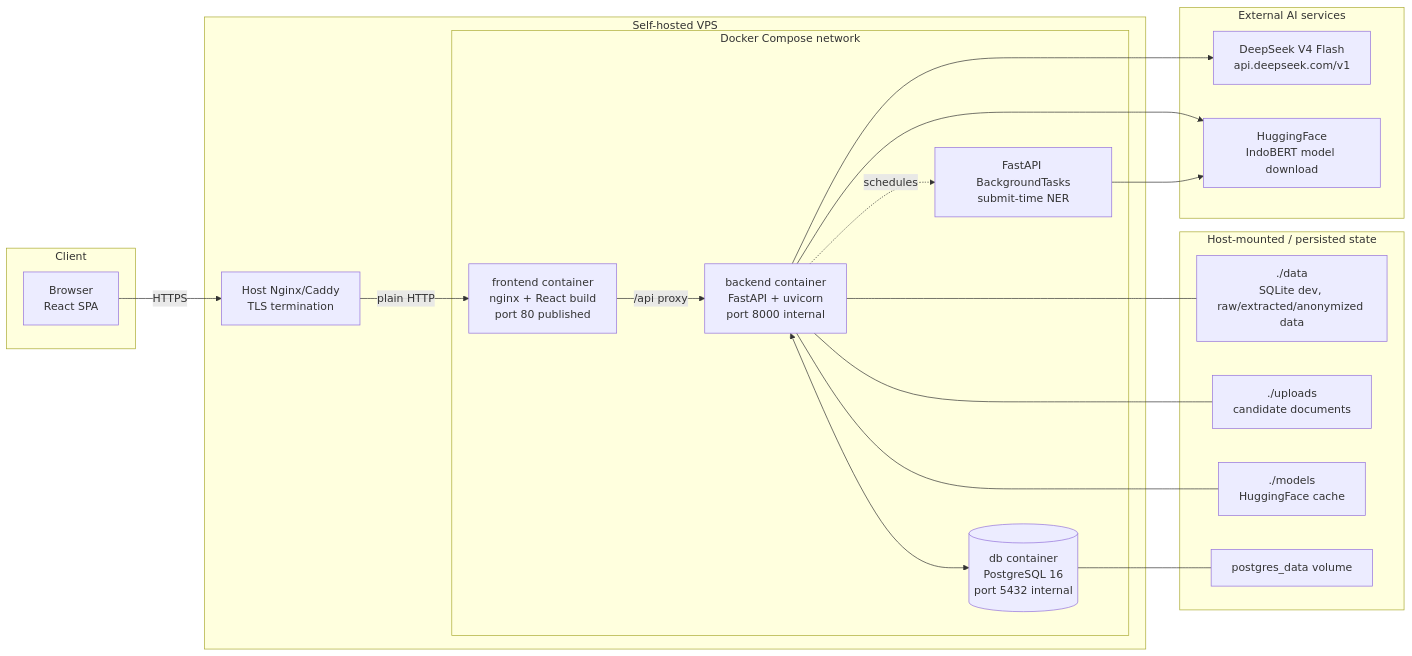
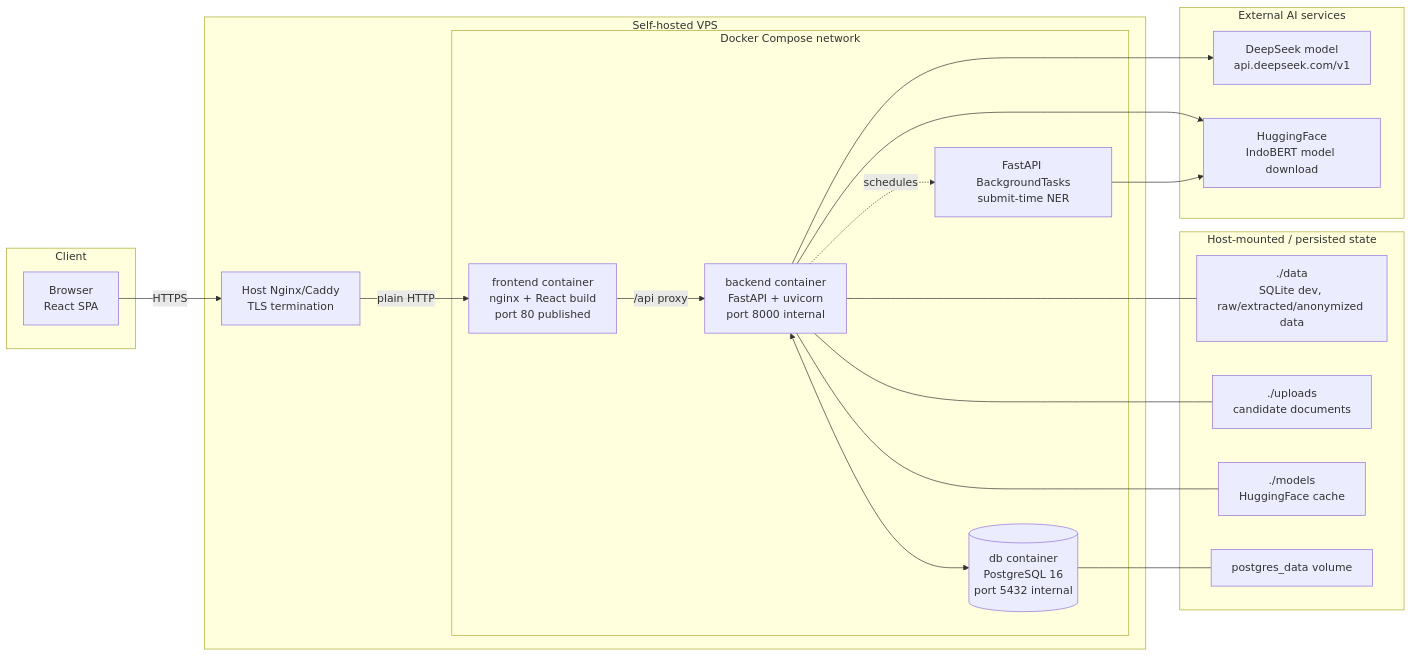
Before and after one commit to istgrudd/screenai-lab: the diagram in docs/ARCHITECTURE.md, drawn with Mermaid. The commit also changed other lines of this file and 8 other files, not shown here.

Commit message:
feat: implement async DeepSeek client and update evaluation pipeline for concurrency

````diff
--- a/docs/ARCHITECTURE.md
+++ b/docs/ARCHITECTURE.md
@@ -34,44 +34,44 @@
 ```mermaid
 graph LR
     subgraph Client
         BR[Browser<br/>React SPA]
     end
 
     subgraph VPS[Self-hosted VPS]
         RP[Host Nginx/Caddy<br/>TLS termination]
 
         subgraph Docker[Docker Compose network]
             FE[frontend container<br/>nginx + React build<br/>port 80 published]
             API[backend container<br/>FastAPI + uvicorn<br/>port 8000 internal]
             DB[(db container<br/>PostgreSQL 16<br/>port 5432 internal)]
             BG[FastAPI BackgroundTasks<br/>submit-time NER]
 
             FE -- /api proxy --> API
             API <--> DB
             API -. schedules .-> BG
         end
 
         RP -- plain HTTP --> FE
     end
 
     subgraph HostStorage[Host-mounted / persisted state]
         DATA[./data<br/>SQLite dev, raw/extracted/anonymized data]
         UPLOADS[./uploads<br/>candidate documents]
         MODELS[./models<br/>HuggingFace cache]
         PGVOL[postgres_data volume]
     end
 
     subgraph ExternalAI[External AI services]
-        DS[DeepSeek V4 Flash<br/>api.deepseek.com/v1]
+        DS[DeepSeek model<br/>api.deepseek.com/v1]
         HF[HuggingFace<br/>IndoBERT model download]
     end
 
     BR -- HTTPS --> RP
     API --> DS
     API --> HF
     BG --> HF
     API --- DATA
     API --- UPLOADS
     API --- MODELS
     DB --- PGVOL
 ```
````
